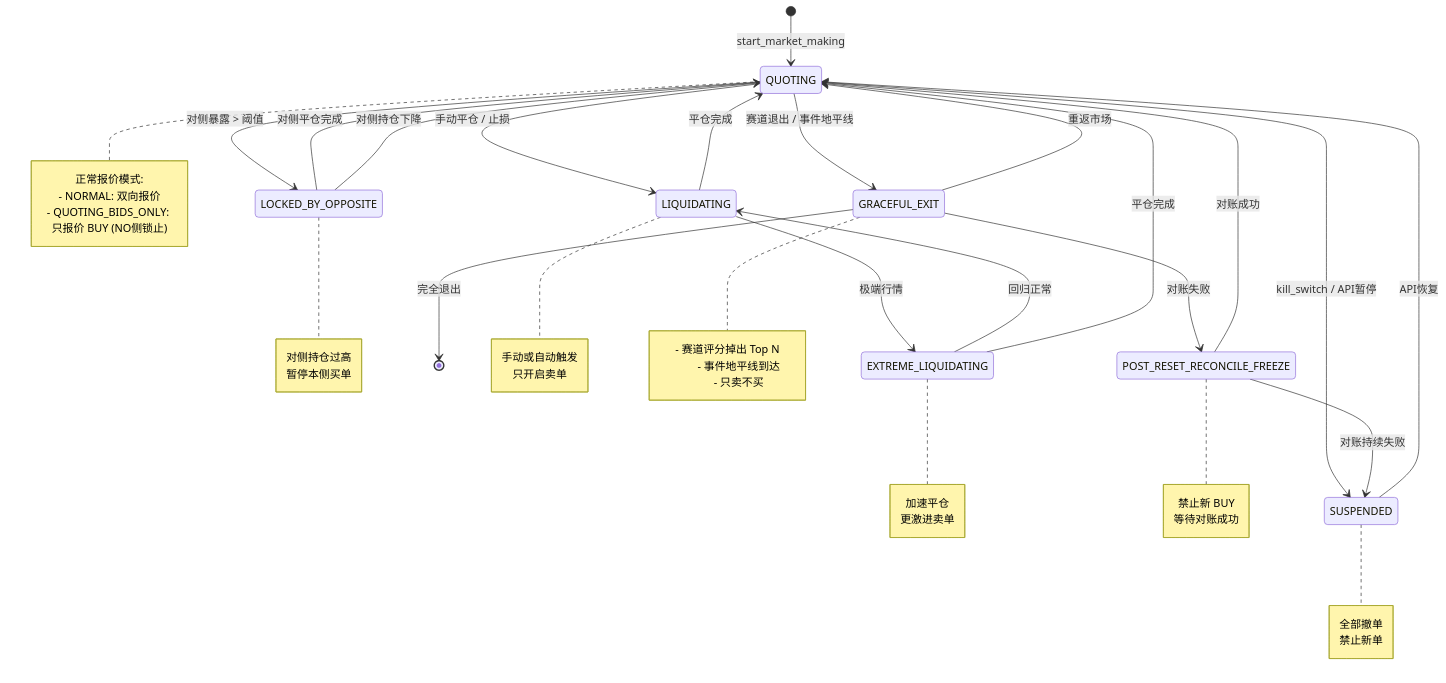
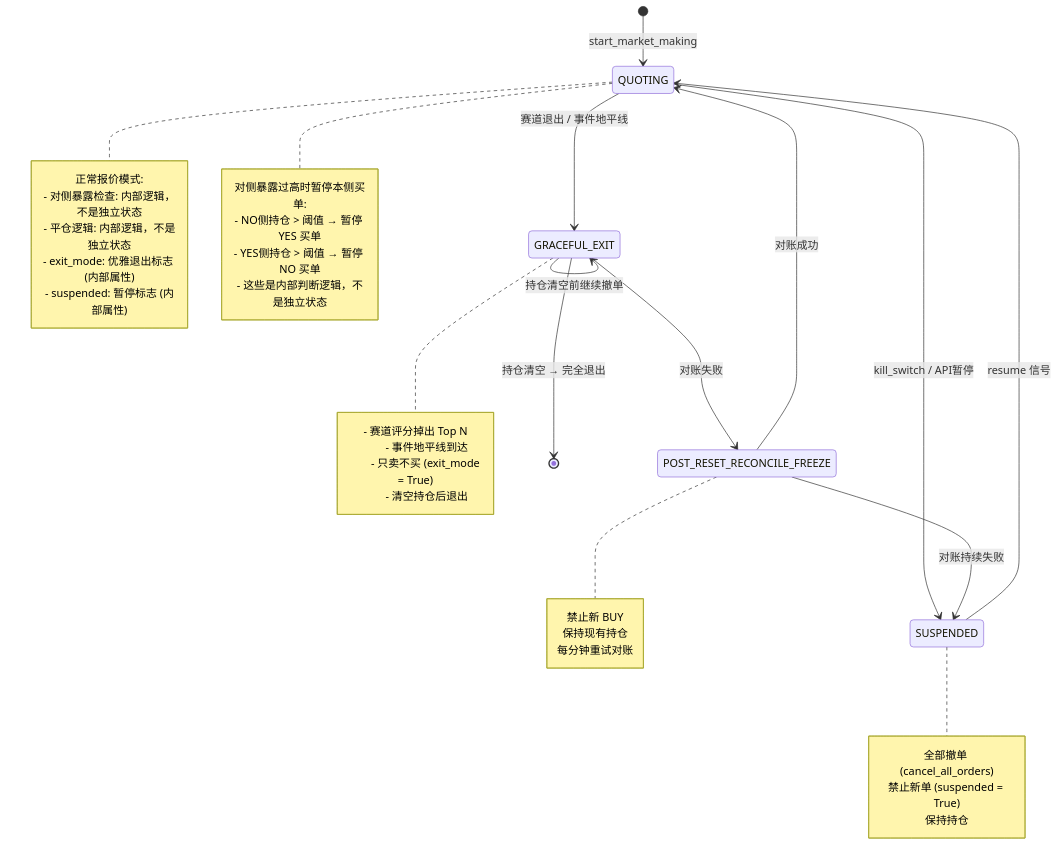
One commit to liu-kaining/PolyMatrixEngine changed the diagram in spec/architecture_diagrams/03_quoting_state_machine.md. Above: the diagram before and after it, drawn with Mermaid. The commit also changed other lines of this file and 11 other files, not shown here.

````diff
--- a/spec/architecture_diagrams/03_quoting_state_machine.md
+++ b/spec/architecture_diagrams/03_quoting_state_machine.md
@@ -3,76 +3,60 @@
 ```mermaid
 %%{init: {'theme': 'base', 'themeVariables': {
   'primaryColor': '#1e3a5f',
   'primaryTextColor': '#ffffff',
   'primaryBorderColor': '#334155',
   'lineColor': '#64748b'
 }}%%
 stateDiagram-v2
     [*] --> QUOTING: start_market_making
 
     %% 主状态
-    QUOTING --> LOCKED_BY_OPPOSITE: 对侧暴露 > 阈值
-    QUOTING --> LIQUIDATING: 手动平仓 / 止损
     QUOTING --> GRACEFUL_EXIT: 赛道退出 / 事件地平线
     QUOTING --> SUSPENDED: kill_switch / API暂停
 
-    %% 子状态: 正常报价模式内
     note right of QUOTING
         正常报价模式:
-        - NORMAL: 双向报价
-        - QUOTING_BIDS_ONLY: 只报价 BUY (NO侧锁止)
+        - 对侧暴露检查: 内部逻辑，不是独立状态
+        - 平仓逻辑: 内部逻辑，不是独立状态
+        - exit_mode: 优雅退出标志 (内部属性)
+        - suspended: 暂停标志 (内部属性)
     end note
 
-    %% 风险触发状态
-    LOCKED_BY_OPPOSITE --> QUOTING: 对侧平仓完成
-    LOCKED_BY_OPPOSITE --> QUOTING: 对侧持仓下降
-
-    %% 平仓状态
-    LIQUIDATING --> EXTREME_LIQUIDATING: 极端行情
-    LIQUIDATING --> QUOTING: 平仓完成
-    EXTREME_LIQUIDATING --> LIQUIDATING: 回归正常
-    EXTREME_LIQUIDATING --> QUOTING: 平仓完成
-
     %% 退出状态
-    GRACEFUL_EXIT --> QUOTING: 重返市场
+    GRACEFUL_EXIT --> GRACEFUL_EXIT: 持仓清空前继续撤单
     GRACEFUL_EXIT --> POST_RESET_RECONCILE_FREEZE: 对账失败
-    GRACEFUL_EXIT --> [*]: 完全退出
+    GRACEFUL_EXIT --> [*]: 持仓清空 → 完全退出
 
     %% 暂停状态
-    SUSPENDED --> QUOTING: API恢复
+    SUSPENDED --> QUOTING: resume 信号
 
     %% 对账冻结
     POST_RESET_RECONCILE_FREEZE --> QUOTING: 对账成功
     POST_RESET_RECONCILE_FREEZE --> SUSPENDED: 对账持续失败
 
-    note right of LOCKED_BY_OPPOSITE
-        对侧持仓过高
-        暂停本侧买单
-    end note
-
-    note right of LIQUIDATING
-        手动或自动触发
-        只开启卖单
-    end note
-
-    note right of EXTREME_LIQUIDATING
-        加速平仓
-        更激进卖单
+    note right of QUOTING
+        对侧暴露过高时暂停本侧买单:
+        - NO侧持仓 > 阈值 → 暂停 YES 买单
+        - YES侧持仓 > 阈值 → 暂停 NO 买单
+        - 这些是内部判断逻辑，不是独立状态
     end note
 
     note right of GRACEFUL_EXIT
         - 赛道评分掉出 Top N
         - 事件地平线到达
-        - 只卖不买
+        - 只卖不买 (exit_mode = True)
+        - 清空持仓后退出
     end note
 
     note right of SUSPENDED
-        全部撤单
-        禁止新单
+        全部撤单 (cancel_all_orders)
+        禁止新单 (suspended = True)
+        保持持仓
     end note
 
     note right of POST_RESET_RECONCILE_FREEZE
         禁止新 BUY
-        等待对账成功
+        保持现有持仓
+        每分钟重试对账
     end note
 ```
````
